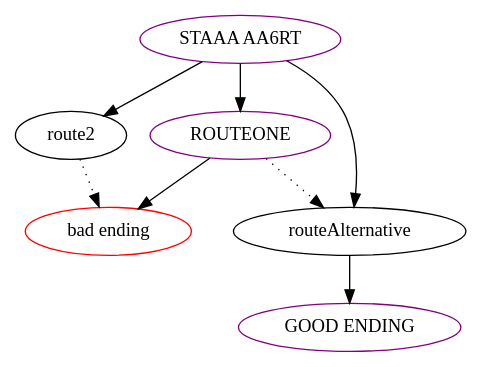
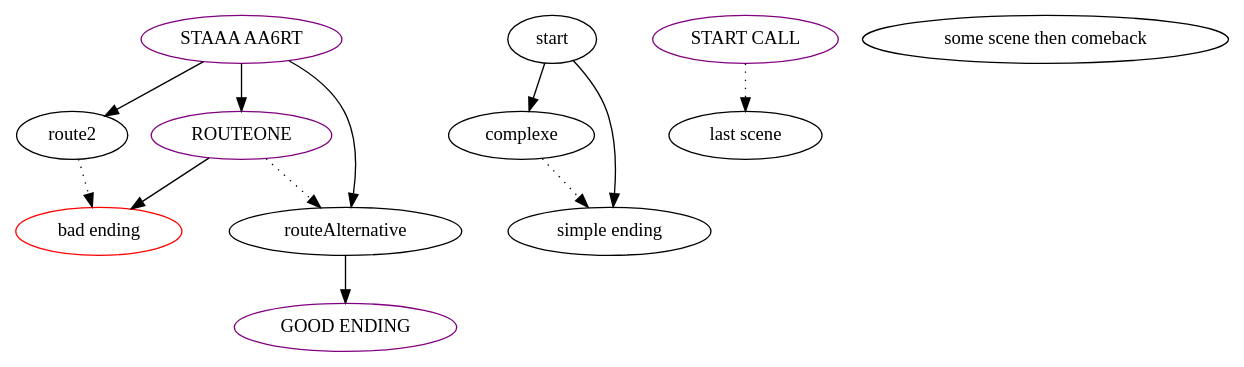
The diagram in renpy-graphviz.dot (EwenQuim/renpy-graphviz), drawn with Graphviz before and after one commit. The commit also changed 6 other files, not shown here.

```diff
--- a/renpy-graphviz.dot
+++ b/renpy-graphviz.dot
@@ -1,17 +1,27 @@
 digraph  {
 	
-	n2[color="red",label="bad ending"];
-	n4[color="purple",label="GOOD ENDING"];
-	n5[label="route2"];
-	n3[label="routeAlternative"];
-	n1[color="purple",label="ROUTEONE"];
-	n6[color="purple",label="STAAA AA6RT"];
-	n5->n2[style="dotted"];
-	n3->n4;
-	n1->n2;
-	n1->n3[style="dotted"];
-	n6->n1;
-	n6->n5;
-	n6->n3;
+	n5[color="red",label="bad ending"];
+	n12[label="complexe"];
+	n7[color="purple",label="GOOD ENDING"];
+	n2[label="last scene"];
+	n8[label="route2"];
+	n6[label="routeAlternative"];
+	n4[color="purple",label="ROUTEONE"];
+	n11[label="simple ending"];
+	n3[label="some scene then comeback"];
+	n9[color="purple",label="STAAA AA6RT"];
+	n10[label="start"];
+	n1[color="purple",label="START CALL"];
+	n12->n11[style="dotted"];
+	n8->n5[style="dotted"];
+	n6->n7;
+	n4->n5;
+	n4->n6[style="dotted"];
+	n9->n4;
+	n9->n8;
+	n9->n6;
+	n10->n11;
+	n10->n12;
+	n1->n2[style="dotted"];
 	
 }
```
